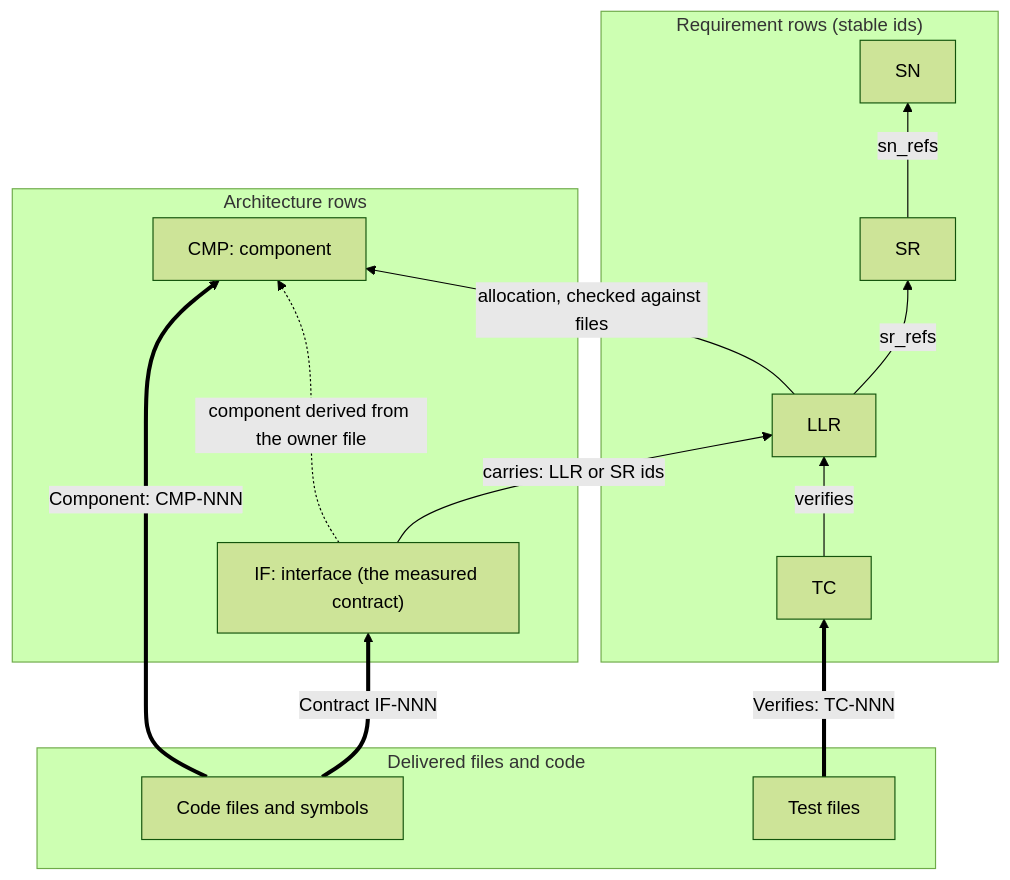
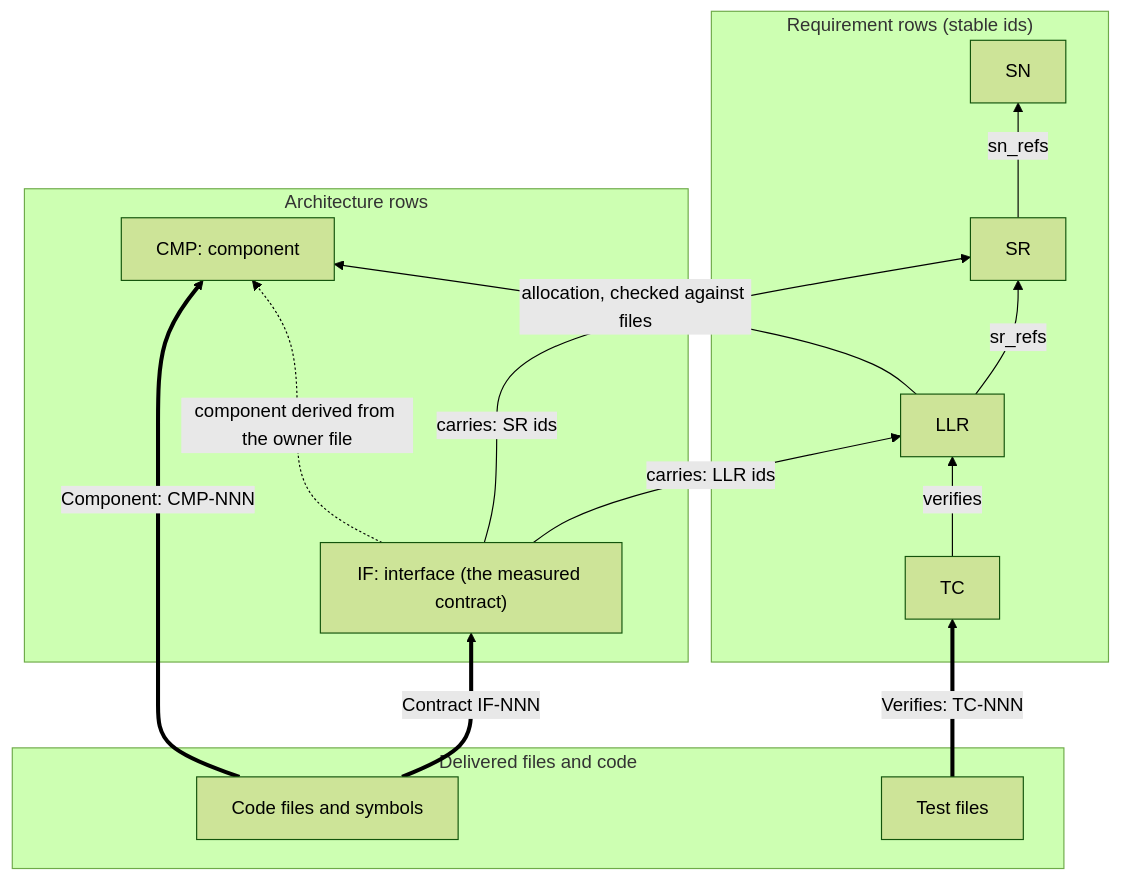
Before and after one commit to diytechy/ai-template: the second of 2 diagrams in docs/plans/2026-10-11-review-churn/pointer-rules.md, drawn with Mermaid (forest theme). The commit also changed other lines of this file and 4 other files, not shown here.

````diff
--- a/docs/plans/2026-10-11-review-churn/pointer-rules.md
+++ b/docs/plans/2026-10-11-review-churn/pointer-rules.md
@@ -74,26 +75,27 @@
 ```mermaid
 flowchart BT
   subgraph REQ["Requirement rows (stable ids)"]
     SN["SN"]
     SR["SR"]
     LLR["LLR"]
     TC["TC"]
   end
   subgraph ARCH["Architecture rows"]
     CMP["CMP: component"]
     IF["IF: interface (the measured contract)"]
   end
   subgraph REAL["Delivered files and code"]
     TESTS["Test files"]
     CODE["Code files and symbols"]
   end
   SR -->|sn_refs| SN
   LLR -->|sr_refs| SR
   TC -->|verifies| LLR
-  IF -->|carries: LLR or SR ids| LLR
+  IF -->|carries: LLR ids| LLR
+  IF -->|carries: SR ids| SR
   LLR -->|allocation, checked against files| CMP
   CODE ==>|"Contract IF-NNN"| IF
   CODE ==>|"Component: CMP-NNN"| CMP
   TESTS ==>|"Verifies: TC-NNN"| TC
   IF -. component derived from the owner file .-> CMP
 ```
````
